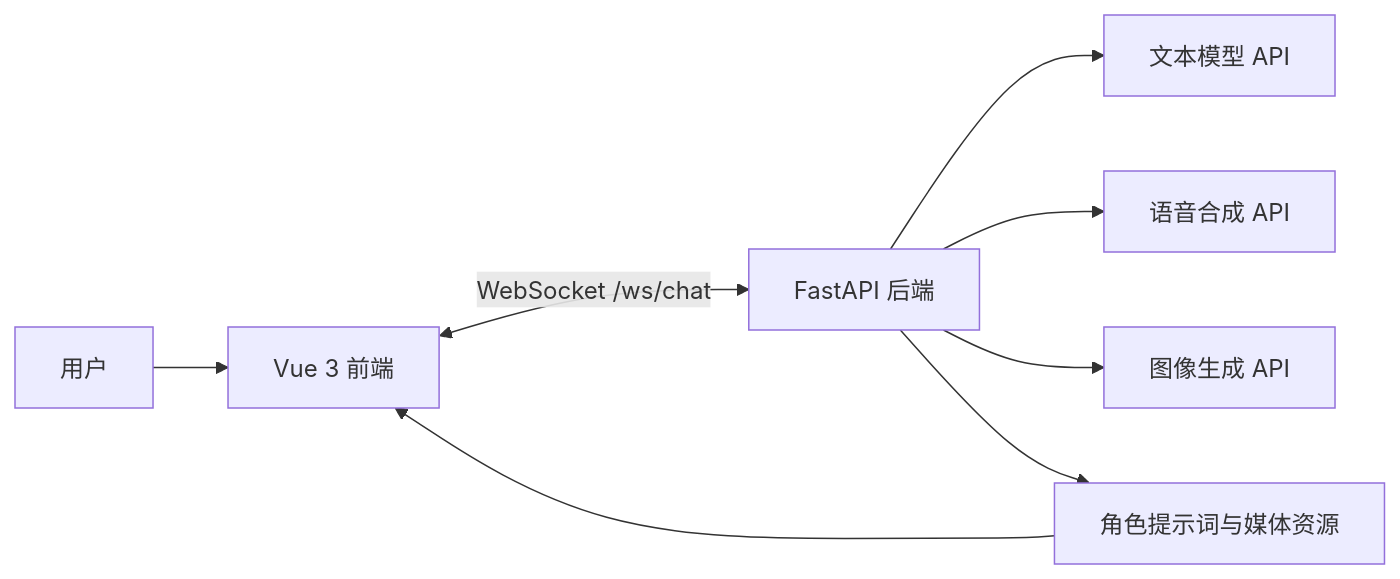
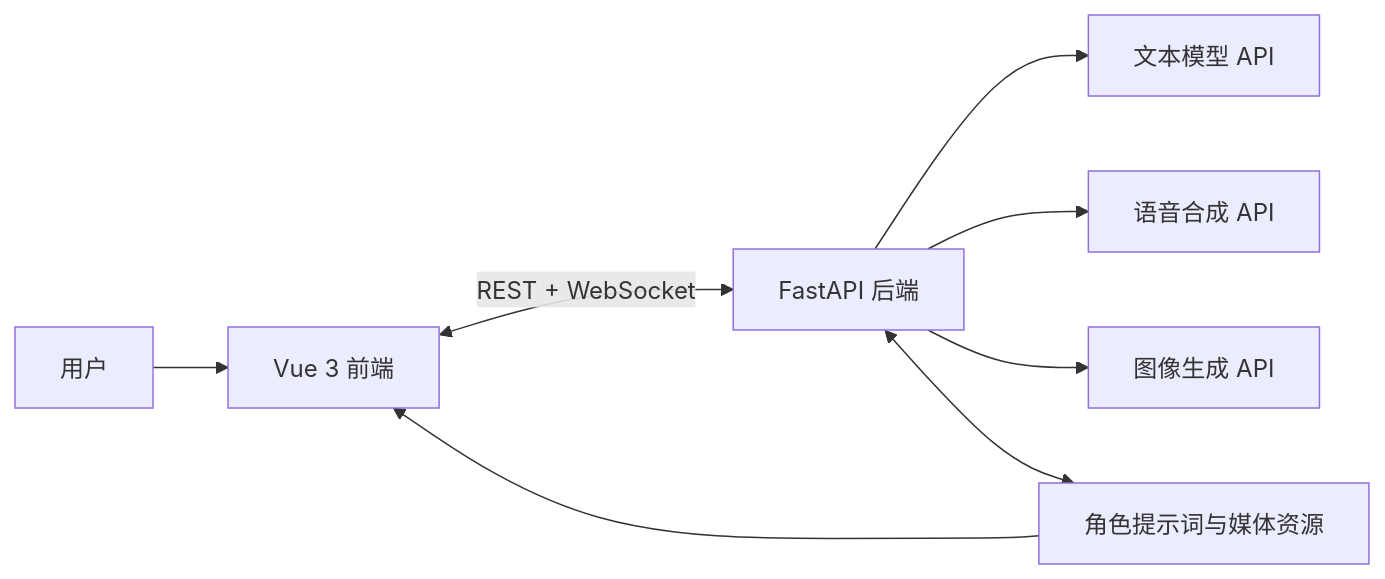
The diagram in README.md (HerlockShelomes/LLMGal), drawn with Mermaid before and after one commit. The commit also changed other lines of this file and 1 other file, not shown here.

````diff
--- a/README.md
+++ b/README.md
@@ -20,10 +19,10 @@
 ```mermaid
 flowchart LR
     U[用户] --> F[Vue 3 前端]
-    F <-->|WebSocket /ws/chat| B[FastAPI 后端]
+    F <-->|REST + WebSocket| B[FastAPI 后端]
     B --> L[文本模型 API]
     B --> T[语音合成 API]
     B --> I[图像生成 API]
-    B --> A[角色提示词与媒体资源]
+    B <--> A[角色提示词与媒体资源]
     A --> F
 ```
````
